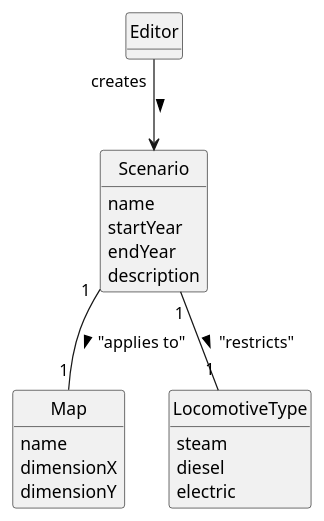
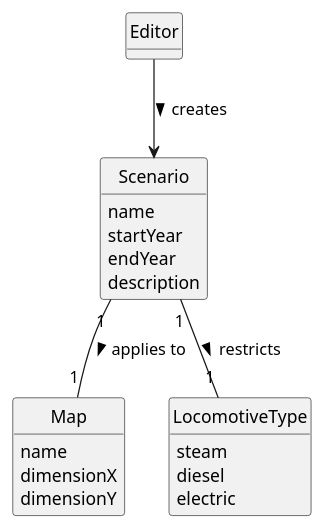
Before and after one commit to bruno-monteiro5/sem2-pi-24.25-g132-repo: the diagram in docs/system-documentation/US004/02.analysis/puml/US004-DM.puml, drawn with PlantUML. The commit also changed 2 other files, not shown here.

```diff
--- a/docs/system-documentation/US004/02.analysis/puml/US004-DM.puml
+++ b/docs/system-documentation/US004/02.analysis/puml/US004-DM.puml
@@ -1,35 +1,35 @@
 @startuml
 skinparam monochrome true
 hide circle
 hide methods
 
 class Editor {
 
 }
 
 class Scenario {
   name
   startYear
   endYear
   description
 }
 
 class Map {
   name
   dimensionX
   dimensionY
 }
 
 
 class LocomotiveType {
   steam
   diesel
   electric
 }
 
 
-Editor --> Scenario : "creates" >
-Scenario "1" -- "1" Map : "applies to" >
-Scenario "1" -- "1" LocomotiveType : "restricts" >
+Editor --> Scenario : creates >
+Scenario "1" -- "1" Map : applies to >
+Scenario "1" -- "1" LocomotiveType : restricts >
 
 @enduml
```
